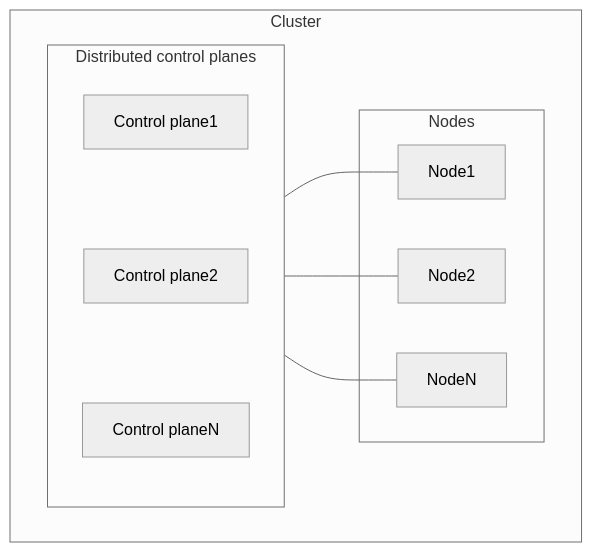
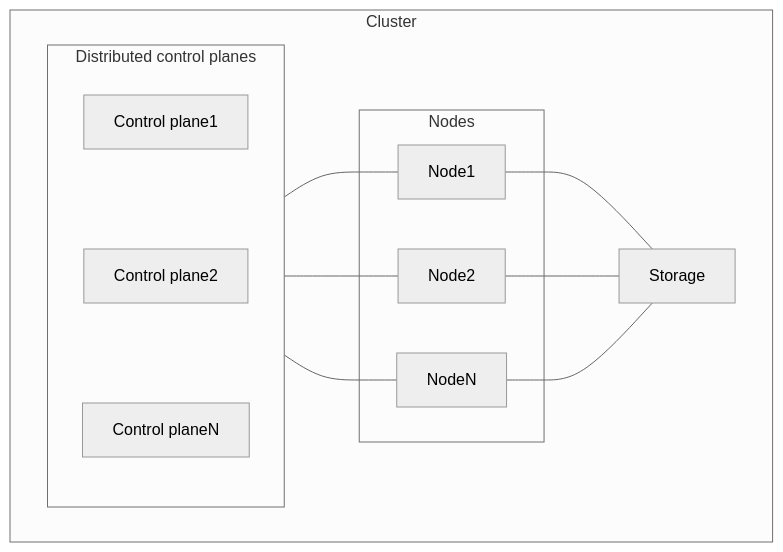
The first of 2 diagrams in docs/kubernetes/index.md (corrupt952/home), drawn with Mermaid (neutral theme) before and after one commit.

Commit message:
change: update docs for storage server

````diff
--- a/docs/kubernetes/index.md
+++ b/docs/kubernetes/index.md
@@ -8,24 +8,27 @@
 ```mermaid
 graph TB
 
 %% Definitions
 subgraph k8s[Cluster]
     direction LR
 
     subgraph Distributed["Distributed control planes"]
         direction TB
         Plane1["Control plane1"]
         Plane2["Control plane2"]
         PlaneN["Control planeN"]
     end
     subgraph Nodes
         Node1
         Node2
         NodeN
     end
+    
+    Storage["Storage"]
 end
 
 %% Relations
 Distributed --- Node1 & Node2 & NodeN
 Plane1 ~~~ Plane2 ~~~ PlaneN
+Node1 & Node2 & NodeN --- Storage
 ```
````
